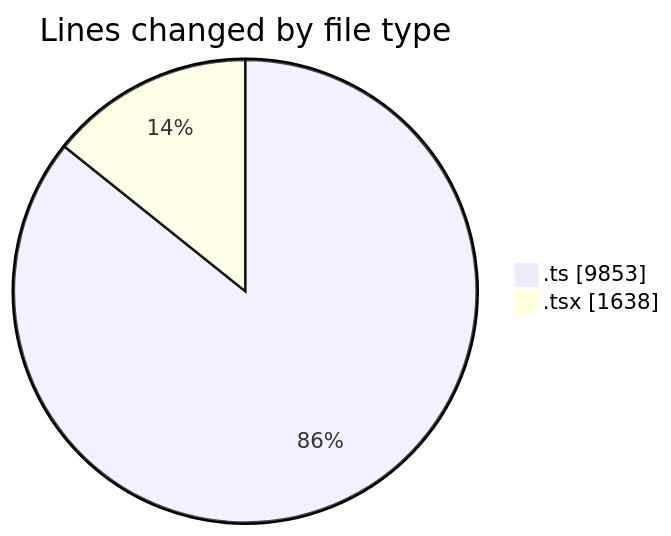
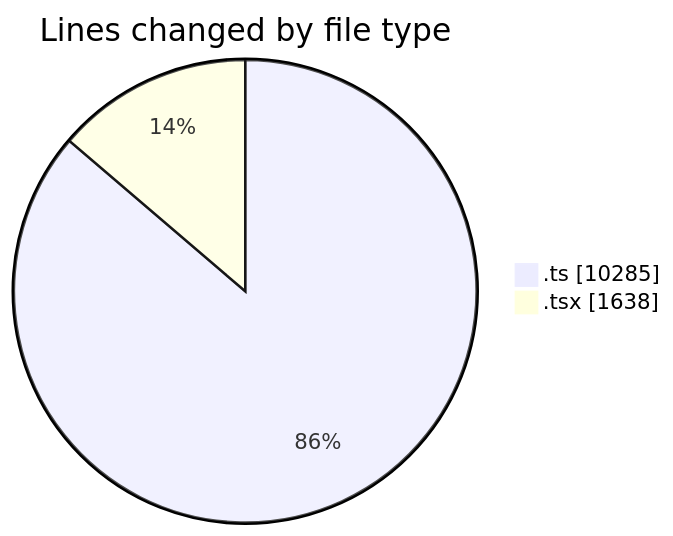
The first of 2 diagrams in 2025-07-14/cda/README.md (momahboobian/code-tracking), drawn with Mermaid before and after one commit. The commit also changed other lines of this file and 1 other file, not shown here.

````diff
--- a/2025-07-14/cda/README.md
+++ b/2025-07-14/cda/README.md
@@ -28,6 +28,6 @@
 ```mermaid
 pie showData
 title Lines changed by file type
-".ts" : 9853
+".ts" : 10285
 ".tsx" : 1638
 ```
````
